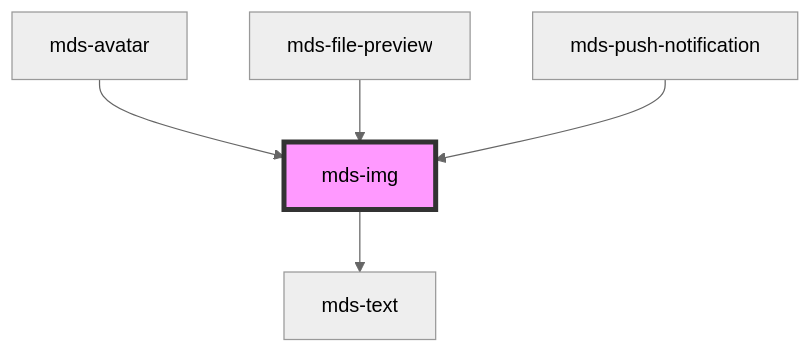
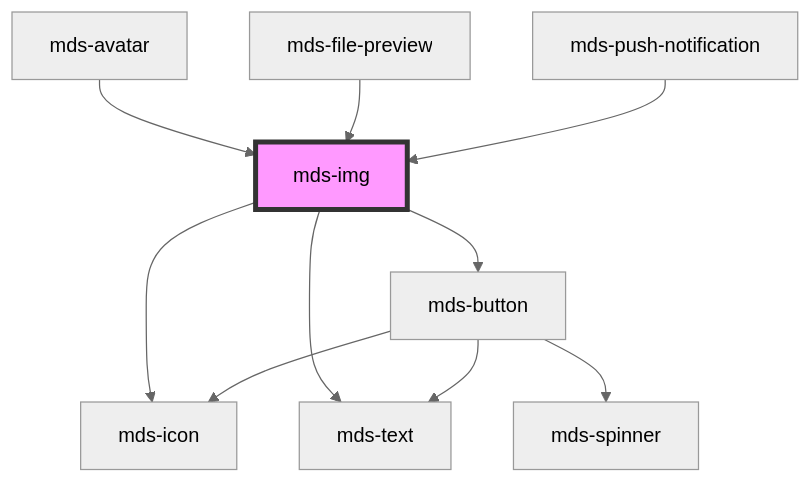
One commit to magma-design-system/magma changed the diagram in projects/stencil/src/components/mds-img/readme.md. Above: the diagram before and after it, drawn with Mermaid (neutral theme). The commit also changed other lines of this file and 7 other files, not shown here.

Commit message:
feat(mds-img): add better error handling and accessibility consumption features

````diff
--- a/projects/stencil/src/components/mds-img/readme.md
+++ b/projects/stencil/src/components/mds-img/readme.md
@@ -55,8 +57,13 @@
 ```mermaid
 graph TD;
+  mds-img --> mds-icon
   mds-img --> mds-text
+  mds-img --> mds-button
+  mds-button --> mds-spinner
+  mds-button --> mds-icon
+  mds-button --> mds-text
   mds-avatar --> mds-img
   mds-file-preview --> mds-img
   mds-push-notification --> mds-img
   style mds-img fill:#f9f,stroke:#333,stroke-width:4px
 ```
````
